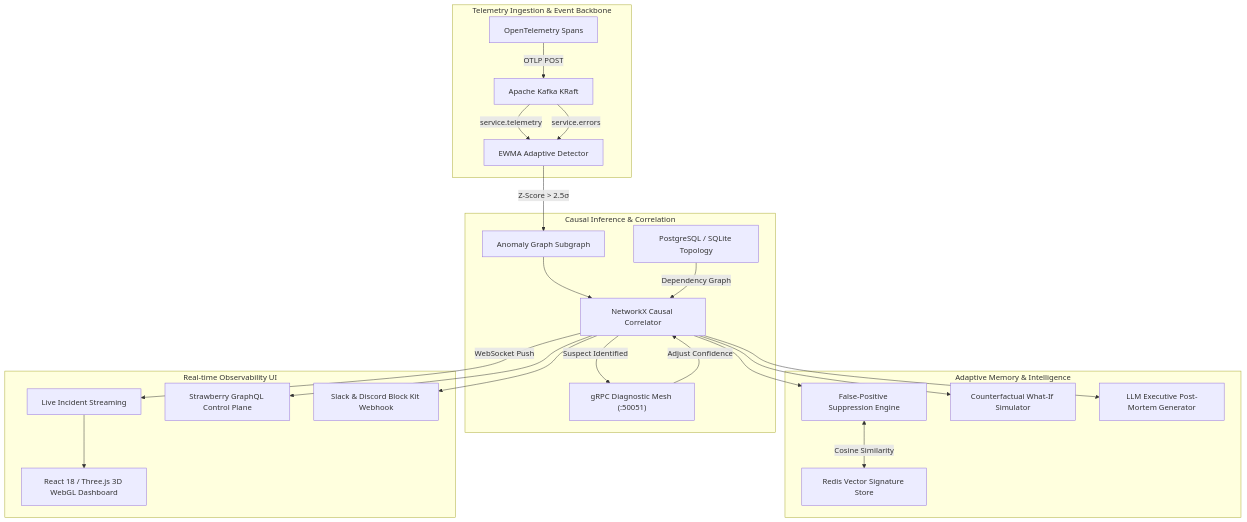
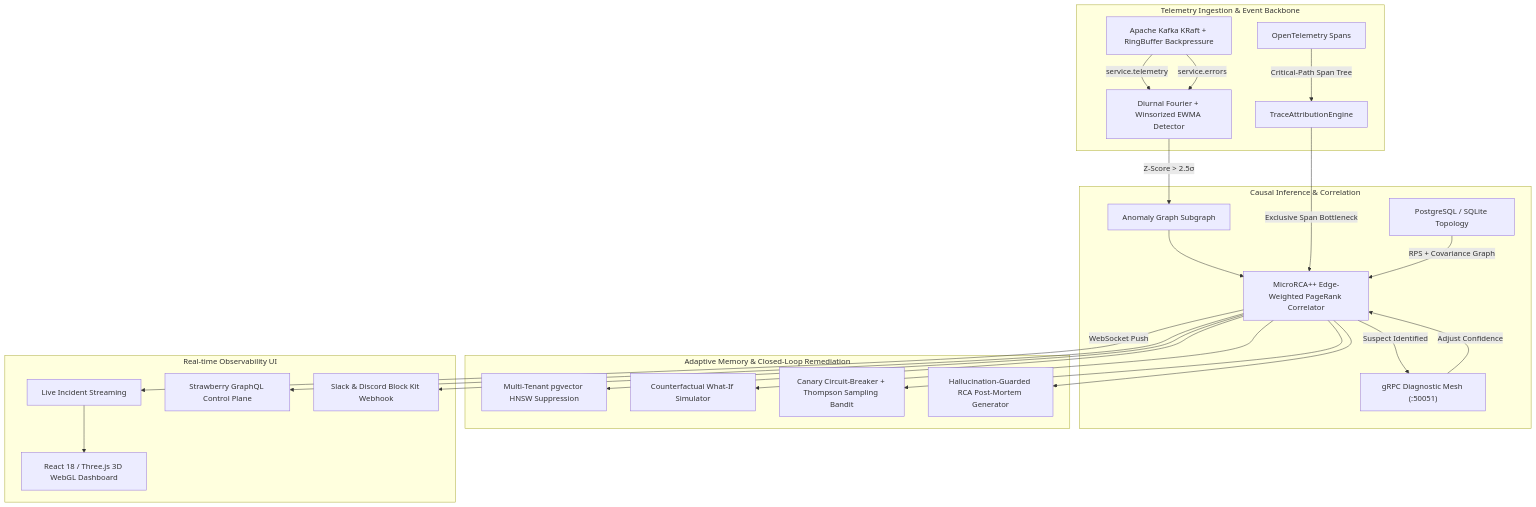
The diagram in README.md (kartik-012/AIOps---Root-Cause-Correlator), drawn with Mermaid before and after one commit. The commit also changed other lines of this file and 9 other files, not shown here.

Commit message:
feat(principal-sre): implement Trace Critical-Path Attribution, Diurnal Fourier EWMA, Thompson Sampling Runbook Bandit, Chaos GameDay Runner, and Tier-1 API routes

````diff
--- a/README.md
+++ b/README.md
@@ -148,30 +160,31 @@
 ```mermaid
 flowchart TD
     subgraph DataPlane ["Telemetry Ingestion & Event Backbone"]
-        K1["Apache Kafka KRaft"] -->|service.telemetry| E1["EWMA Adaptive Detector"]
+        K1["Apache Kafka KRaft + RingBuffer Backpressure"] -->|service.telemetry| E1["Diurnal Fourier + Winsorized EWMA Detector"]
         K1 -->|service.errors| E1
-        OT["OpenTelemetry Spans"] -->|OTLP POST| K1
+        OT["OpenTelemetry Spans"] -->|Critical-Path Span Tree| TA["TraceAttributionEngine"]
     end
 
     subgraph AnalyticsEngine ["Causal Inference & Correlation"]
         E1 -->|Z-Score > 2.5σ| AG["Anomaly Graph Subgraph"]
-        AG --> CE["NetworkX Causal Correlator"]
-        G_SVC["PostgreSQL / SQLite Topology"] -->|Dependency Graph| CE
+        AG --> CE["MicroRCA++ Edge-Weighted PageRank Correlator"]
+        TA -->|Exclusive Span Bottleneck| CE
+        G_SVC["PostgreSQL / SQLite Topology"] -->|RPS + Covariance Graph| CE
         CE -->|Suspect Identified| GRPC["gRPC Diagnostic Mesh (:50051)"]
         GRPC -->|Adjust Confidence| CE
     end
 
-    subgraph MemoryIntelligence ["Adaptive Memory & Intelligence"]
-        CE --> SE["False-Positive Suppression Engine"]
-        SE <-->|Cosine Similarity| RD["Redis Vector Signature Store"]
+    subgraph MemoryIntelligence ["Adaptive Memory & Closed-Loop Remediation"]
+        CE --> SE["Multi-Tenant pgvector HNSW Suppression"]
         CE --> CF["Counterfactual What-If Simulator"]
-        CE --> LLM["LLM Executive Post-Mortem Generator"]
+        CE --> REM["Canary Circuit-Breaker + Thompson Sampling Bandit"]
+        CE --> LLM["Hallucination-Guarded RCA Post-Mortem Generator"]
     end
 
     subgraph PresentationPlane ["Real-time Observability UI"]
         CE -->|WebSocket Push| WS["Live Incident Streaming"]
         WS --> UI["React 18 / Three.js 3D WebGL Dashboard"]
         CE --> GQL["Strawberry GraphQL Control Plane"]
         CE --> SLACK["Slack & Discord Block Kit Webhook"]
     end
 ```
````
